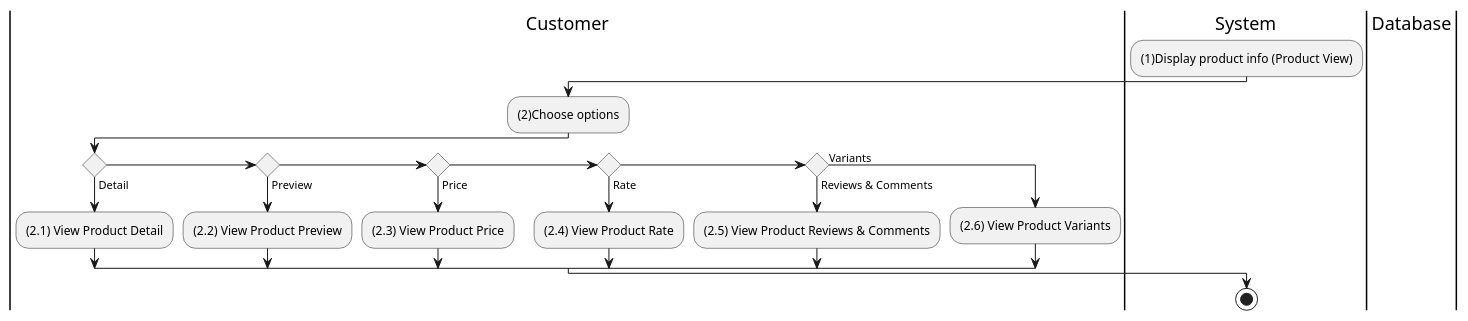
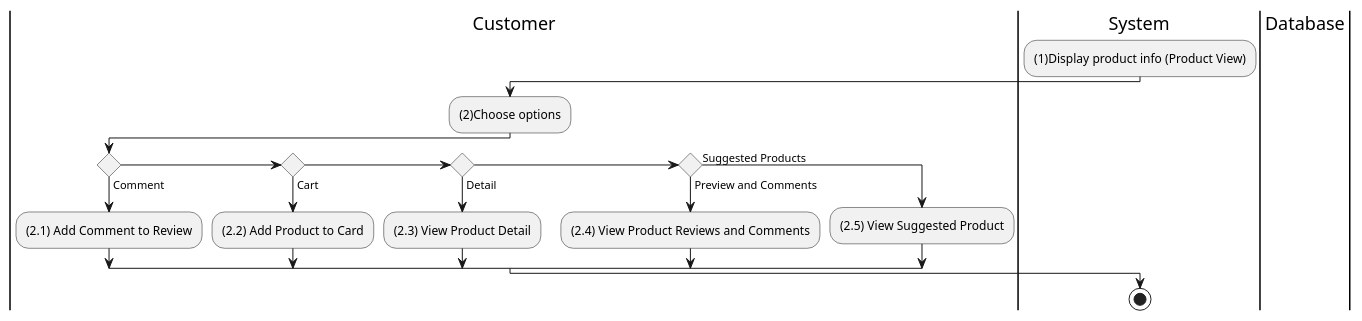
The diagram in docs/docs/activity/view-product/view-product.md (electricilies/electricilies.github.io), drawn with PlantUML before and after one commit. The commit also changed 1 other file, not shown here.

Commit message:
fix(view-product): those removed use cases

````diff
--- a/docs/docs/activity/view-product/view-product.md
+++ b/docs/docs/activity/view-product/view-product.md
@@ -3,29 +3,27 @@
 ```plantuml
 @startuml
 |Customer|
 
 |System|
 :(1)Display product info (Product View);
 
 |Database|
 
 |Customer|
 :(2)Choose options;
-if () then (Detail)
-  :(2.1) View Product Detail;
-elseif () then (Preview)
-  :(2.2) View Product Preview;
-elseif () then (Price)
-  :(2.3) View Product Price;
-elseif () then (Rate)
-  :(2.4) View Product Rate;
-elseif () then (Reviews & Comments)
-  :(2.5) View Product Reviews & Comments;
-else (Variants)
-  :(2.6) View Product Variants;
+if () then (Comment)
+  :(2.1) Add Comment to Review;
+elseif () then (Cart)
+  :(2.2) Add Product to Card;
+elseif () then (Detail)
+  :(2.3) View Product Detail;
+elseif () then (Preview and Comments)
+  :(2.4) View Product Reviews and Comments;
+else (Suggested Products)
+  :(2.5) View Suggested Product;
 endif
 
 |System|
 stop
 @enduml
 ```
````
